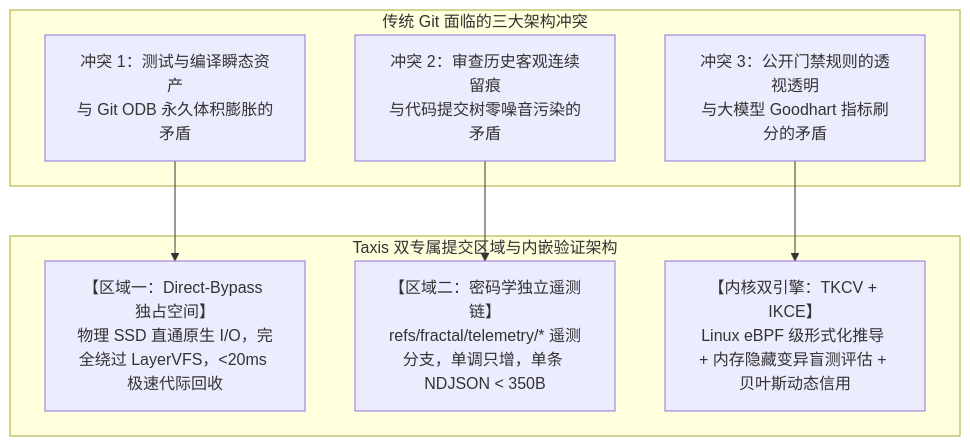
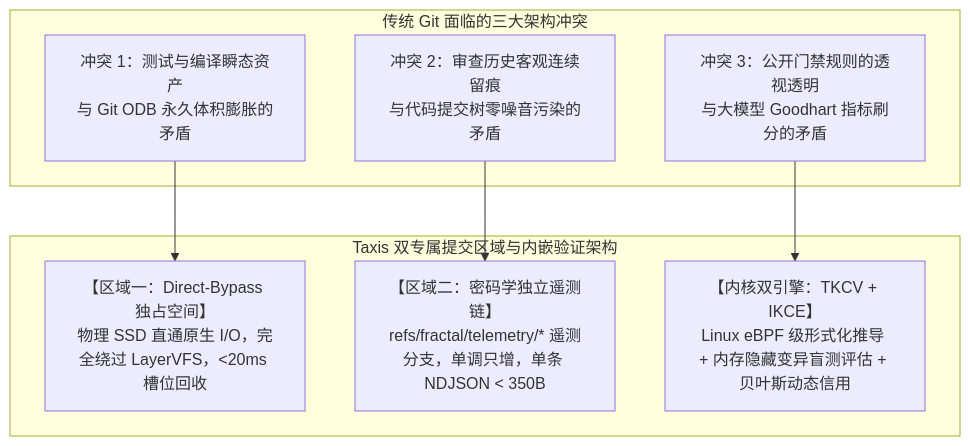
Before and after one commit to guilingzhouyi-creator/vscode-extensions: the first of 2 diagrams in fractal-git/docs/09-test-cache-and-telemetry-audit-spec.md, drawn with Mermaid. The commit also changed other lines of this file and 10 other files, not shown here.

````diff
--- a/fractal-git/docs/09-test-cache-and-telemetry-audit-spec.md
+++ b/fractal-git/docs/09-test-cache-and-telemetry-audit-spec.md
@@ -14,18 +14,18 @@
 ```mermaid
 flowchart TD
     subgraph CONFLICTS ["传统 Git 面临的三大架构冲突"]
         C1["冲突 1：测试与编译瞬态资产<br/>与 Git ODB 永久体积膨胀的矛盾"]
         C2["冲突 2：审查历史客观连续留痕<br/>与代码提交树零噪音污染的矛盾"]
         C3["冲突 3：公开门禁规则的透视透明<br/>与大模型 Goodhart 指标刷分的矛盾"]
     end
 
     subgraph TAXIS_SOLUTIONS ["Taxis 双专属提交区域与内嵌验证架构"]
-        S1["【区域一：Direct-Bypass 独占空间】<br/>物理 SSD 直通原生 I/O，完全绕过 LayerVFS，&lt;20ms 极速代际回收"]
+        S1["【区域一：Direct-Bypass 独占空间】<br/>物理 SSD 直通原生 I/O，完全绕过 LayerVFS，&lt;20ms 槽位回收"]
         S2["【区域二：密码学独立遥测链】<br/>refs/fractal/telemetry/* 遥测分支，单调只增，单条 NDJSON &lt; 350B"]
         S3["【内核双引擎：TKCV + IKCE】<br/>Linux eBPF 级形式化推导 + 内存隐藏变异盲测评估 + 贝叶斯动态信用"]
     end
 
     C1 --> S1
     C2 --> S2
     C3 --> S3
 ```
````
